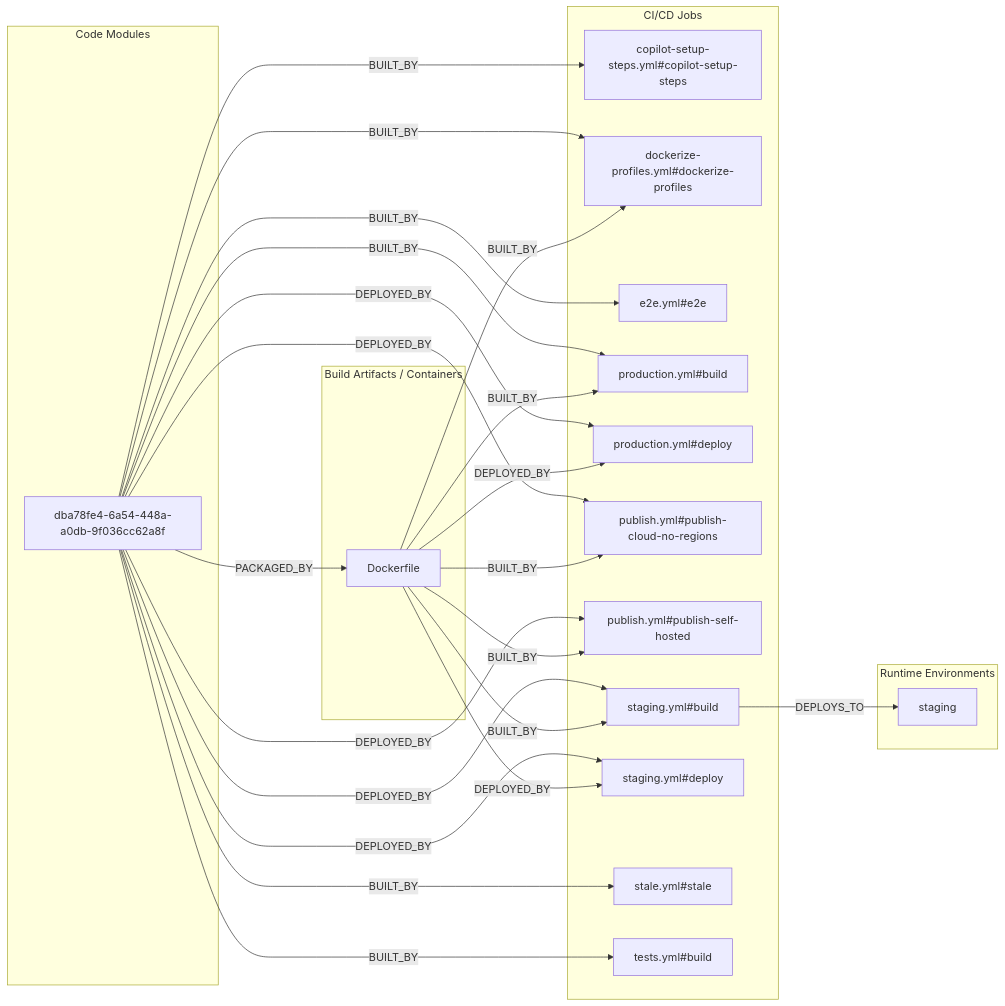
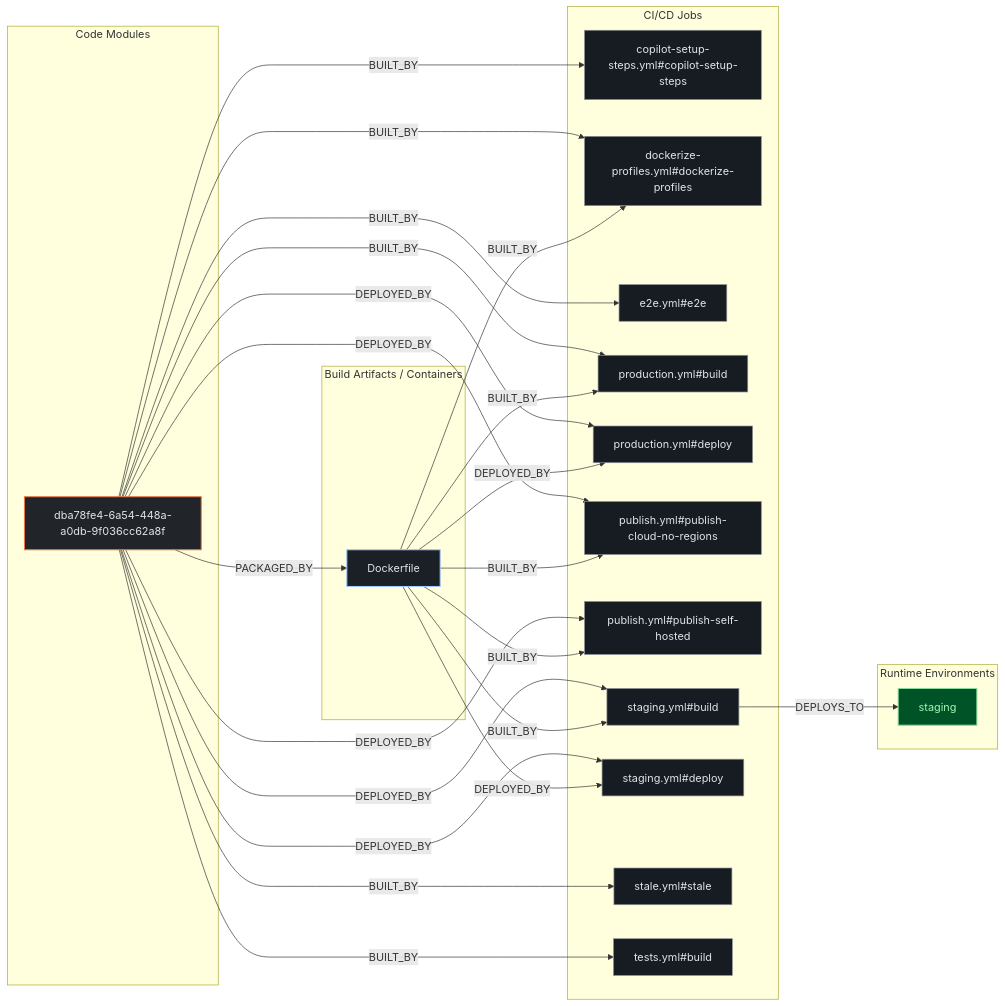
The second of 3 diagrams in exports/latest/reports/appwrite-console-report.md (kumarshaz/atruss-code-atlas), drawn with Mermaid before and after one commit. The commit also changed other lines of this file and 331 other files, not shown here.

Commit message:
docs,ui,fix: update SDLC docs, reorder CI/CD DAG first, stylize Mermaid, and fix Arc42 pipeline topology

````diff
--- a/exports/latest/reports/appwrite-console-report.md
+++ b/exports/latest/reports/appwrite-console-report.md
@@ -113,45 +120,49 @@
 ```mermaid
 flowchart LR
+    classDef atlasCategory fill:#212428,stroke:#E87A48,stroke-width:1.5px,color:#dfe3eb
+    classDef atlasWorkflow fill:#1b2026,stroke:#a3c9ff,stroke-width:1.5px,color:#dfe3eb
+    classDef atlasJob fill:#171c22,stroke:#8d9199,stroke-width:1px,color:#dfe3eb
+    classDef atlasTarget fill:#005227,stroke:#8bd99b,stroke-width:1.5px,color:#a7f6b6
     subgraph code_modules["Code Modules"]
-        mod_dba78fe4_6a54_448a_a0db_9f036cc62a8f["dba78fe4-6a54-448a-a0db-9f036cc62a8f"]
+        mod_dba78fe4_6a54_448a_a0db_9f036cc62a8f["dba78fe4-6a54-448a-a0db-9f036cc62a8f"]:::atlasCategory
     end
     subgraph build_artifacts["Build Artifacts / Containers"]
-        art_Dockerfile["Dockerfile"]
+        art_Dockerfile["Dockerfile"]:::atlasWorkflow
     end
     subgraph ci_jobs["CI/CD Jobs"]
-        job_copilot_setup_steps_yml_copilot_setup_steps["copilot-setup-steps.yml#copilot-setup-steps"]
-        job_dockerize_profiles_yml_dockerize_profiles["dockerize-profiles.yml#dockerize-profiles"]
-        job_e2e_yml_e2e["e2e.yml#e2e"]
-        job_production_yml_build["production.yml#build"]
-        job_production_yml_deploy["production.yml#deploy"]
-        job_publish_yml_publish_cloud_no_regions["publish.yml#publish-cloud-no-regions"]
-        job_publish_yml_publish_self_hosted["publish.yml#publish-self-hosted"]
-        job_staging_yml_build["staging.yml#build"]
-        job_staging_yml_deploy["staging.yml#deploy"]
-        job_stale_yml_stale["stale.yml#stale"]
-        job_tests_yml_build["tests.yml#build"]
+        job_copilot_setup_steps_yml_copilot_setup_steps["copilot-setup-steps.yml#copilot-setup-steps"]:::atlasJob
+        job_dockerize_profiles_yml_dockerize_profiles["dockerize-profiles.yml#dockerize-profiles"]:::atlasJob
+        job_e2e_yml_e2e["e2e.yml#e2e"]:::atlasJob
+        job_production_yml_build["production.yml#build"]:::atlasJob
+        job_production_yml_deploy["production.yml#deploy"]:::atlasJob
+        job_publish_yml_publish_cloud_no_regions["publish.yml#publish-cloud-no-regions"]:::atlasJob
+        job_publish_yml_publish_self_hosted["publish.yml#publish-self-hosted"]:::atlasJob
+        job_staging_yml_build["staging.yml#build"]:::atlasJob
+        job_staging_yml_deploy["staging.yml#deploy"]:::atlasJob
+        job_stale_yml_stale["stale.yml#stale"]:::atlasJob
+        job_tests_yml_build["tests.yml#build"]:::atlasJob
     end
     subgraph runtime_envs["Runtime Environments"]
-        env_staging["staging"]
+        env_staging["staging"]:::atlasTarget
     end
     job_staging_yml_build -->|DEPLOYS_TO| env_staging
     mod_dba78fe4_6a54_448a_a0db_9f036cc62a8f -->|BUILT_BY| job_copilot_setup_steps_yml_copilot_setup_steps
     mod_dba78fe4_6a54_448a_a0db_9f036cc62a8f -->|BUILT_BY| job_dockerize_profiles_yml_dockerize_profiles
     mod_dba78fe4_6a54_448a_a0db_9f036cc62a8f -->|BUILT_BY| job_e2e_yml_e2e
     mod_dba78fe4_6a54_448a_a0db_9f036cc62a8f -->|BUILT_BY| job_production_yml_build
     mod_dba78fe4_6a54_448a_a0db_9f036cc62a8f -->|BUILT_BY| job_stale_yml_stale
     mod_dba78fe4_6a54_448a_a0db_9f036cc62a8f -->|BUILT_BY| job_tests_yml_build
     mod_dba78fe4_6a54_448a_a0db_9f036cc62a8f -->|DEPLOYED_BY| job_production_yml_deploy
     mod_dba78fe4_6a54_448a_a0db_9f036cc62a8f -->|DEPLOYED_BY| job_publish_yml_publish_cloud_no_regions
     mod_dba78fe4_6a54_448a_a0db_9f036cc62a8f -->|DEPLOYED_BY| job_publish_yml_publish_self_hosted
     mod_dba78fe4_6a54_448a_a0db_9f036cc62a8f -->|DEPLOYED_BY| job_staging_yml_build
     mod_dba78fe4_6a54_448a_a0db_9f036cc62a8f -->|DEPLOYED_BY| job_staging_yml_deploy
     mod_dba78fe4_6a54_448a_a0db_9f036cc62a8f -->|PACKAGED_BY| art_Dockerfile
     art_Dockerfile -->|BUILT_BY| job_dockerize_profiles_yml_dockerize_profiles
     art_Dockerfile -->|BUILT_BY| job_production_yml_build
     art_Dockerfile -->|BUILT_BY| job_publish_yml_publish_cloud_no_regions
     art_Dockerfile -->|BUILT_BY| job_publish_yml_publish_self_hosted
     art_Dockerfile -->|BUILT_BY| job_staging_yml_build
     art_Dockerfile -->|DEPLOYED_BY| job_production_yml_deploy
     art_Dockerfile -->|DEPLOYED_BY| job_staging_yml_deploy
 ```
````
